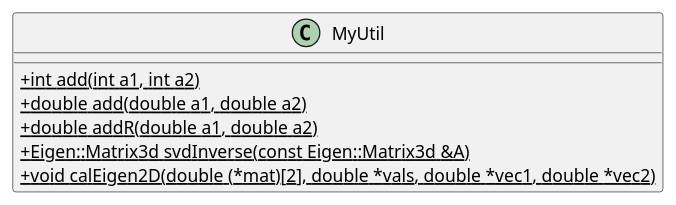
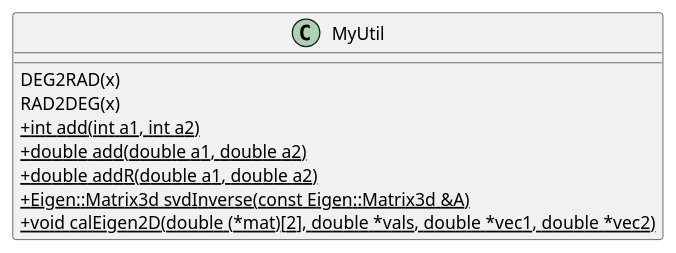
One commit to ShisatoYano/SLAMDesignUML changed the diagram in PlantUML/MyUtil/MyUtil_Class.puml. Above: the diagram before and after it, drawn with PlantUML. The commit also changed 2 other files, not shown here.

Commit message:
add activity diagrams and comments.

```diff
--- a/PlantUML/MyUtil/MyUtil_Class.puml
+++ b/PlantUML/MyUtil/MyUtil_Class.puml
@@ -1,13 +1,15 @@
 @startuml
 
 skinparam classAttributeIconSize 0
 
 class MyUtil{
+    DEG2RAD(x)
+    RAD2DEG(x)
     {static} + int add(int a1, int a2)
     {static} + double add(double a1, double a2)
     {static} + double addR(double a1, double a2)
     {static} + Eigen::Matrix3d svdInverse(const Eigen::Matrix3d &A)
     {static} + void calEigen2D(double (*mat)[2], double *vals, double *vec1, double *vec2)
 }
 
 @enduml
```
